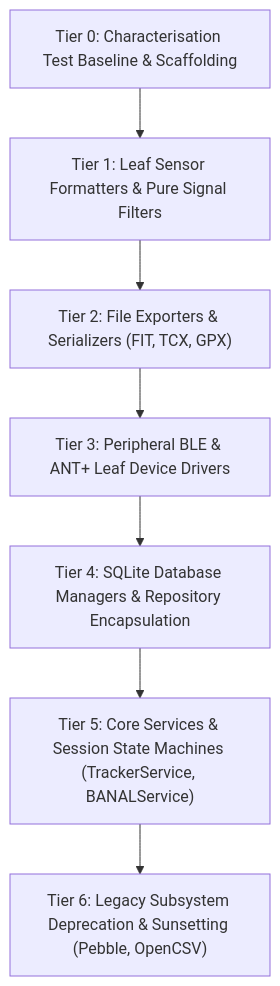
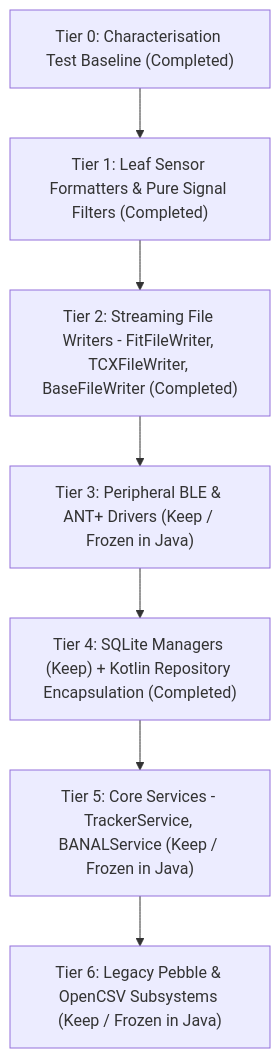
Before and after one commit to rainerblind/aTrainingTracker: the diagram in docs/architecture/adr_001_java_core_services_migration.md, drawn with Mermaid. The commit also changed other lines of this file and 16 other files, not shown here.

````diff
--- a/docs/architecture/adr_001_java_core_services_migration.md
+++ b/docs/architecture/adr_001_java_core_services_migration.md
@@ -256,9 +256,9 @@
 ```mermaid
 flowchart TD
-    Tier0["Tier 0: Characterisation Test Baseline & Scaffolding"] --> Tier1["Tier 1: Leaf Sensor Formatters & Pure Signal Filters"]
-    Tier1 --> Tier2["Tier 2: File Exporters & Serializers (FIT, TCX, GPX)"]
-    Tier2 --> Tier3["Tier 3: Peripheral BLE & ANT+ Leaf Device Drivers"]
-    Tier3 --> Tier4["Tier 4: SQLite Database Managers & Repository Encapsulation"]
-    Tier4 --> Tier5["Tier 5: Core Services & Session State Machines (TrackerService, BANALService)"]
-    Tier5 --> Tier6["Tier 6: Legacy Subsystem Deprecation & Sunsetting (Pebble, OpenCSV)"]
+    Tier0["Tier 0: Characterisation Test Baseline (Completed)"] --> Tier1["Tier 1: Leaf Sensor Formatters & Pure Signal Filters (Completed)"]
+    Tier1 --> Tier2["Tier 2: Streaming File Writers - FitFileWriter, TCXFileWriter, BaseFileWriter (Completed)"]
+    Tier2 --> Tier3["Tier 3: Peripheral BLE & ANT+ Drivers (Keep / Frozen in Java)"]
+    Tier3 --> Tier4["Tier 4: SQLite Managers (Keep) + Kotlin Repository Encapsulation (Completed)"]
+    Tier4 --> Tier5["Tier 5: Core Services - TrackerService, BANALService (Keep / Frozen in Java)"]
+    Tier5 --> Tier6["Tier 6: Legacy Pebble & OpenCSV Subsystems (Keep / Frozen in Java)"]
 ```
````
